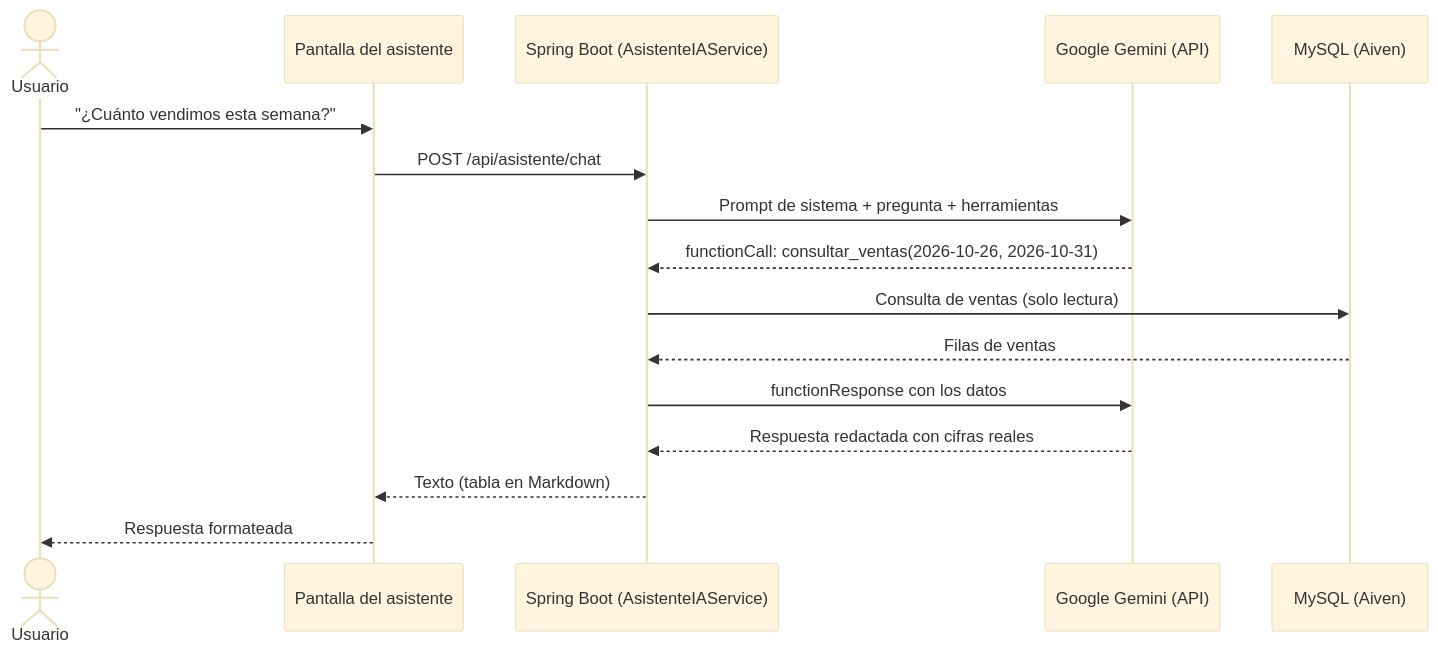
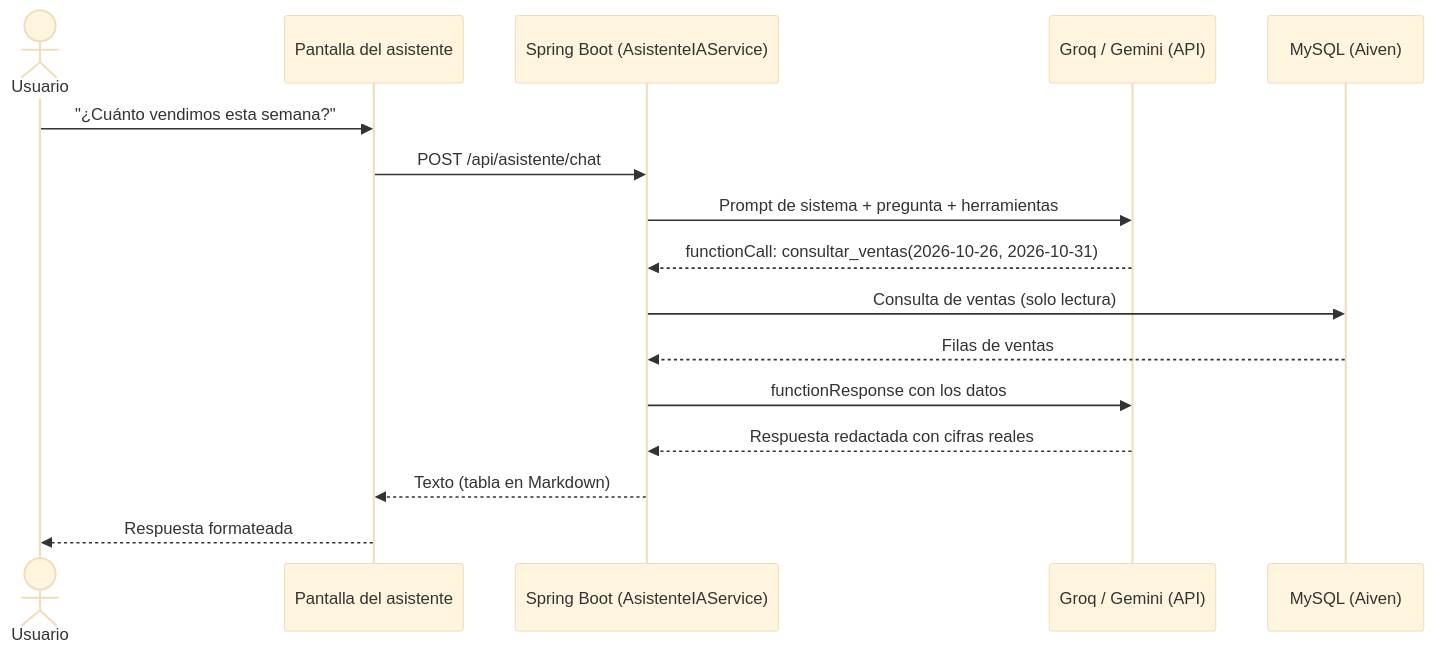
The diagram in docs/avance2/informe_avance2.md (Nva-15/sistema-panaderia-los-andes), drawn with Mermaid (base theme) before and after one commit. The commit also changed other lines of this file and 12 other files, not shown here.

First line of the commit message:
Agregar Groq como proveedor de IA gratuito (Gemini queda como alternativa)

````diff
--- a/docs/avance2/informe_avance2.md
+++ b/docs/avance2/informe_avance2.md
@@ -29,19 +29,19 @@
 ```mermaid
 sequenceDiagram
     actor U as Usuario
     participant W as Pantalla del asistente
     participant S as Spring Boot (AsistenteIAService)
-    participant C as Google Gemini (API)
+    participant C as Groq / Gemini (API)
     participant DB as MySQL (Aiven)
 
     U->>W: "¿Cuánto vendimos esta semana?"
     W->>S: POST /api/asistente/chat
     S->>C: Prompt de sistema + pregunta + herramientas
     C-->>S: functionCall: consultar_ventas(2026-10-26, 2026-10-31)
     S->>DB: Consulta de ventas (solo lectura)
     DB-->>S: Filas de ventas
     S->>C: functionResponse con los datos
     C-->>S: Respuesta redactada con cifras reales
     S-->>W: Texto (tabla en Markdown)
     W-->>U: Respuesta formateada
 ```
````
